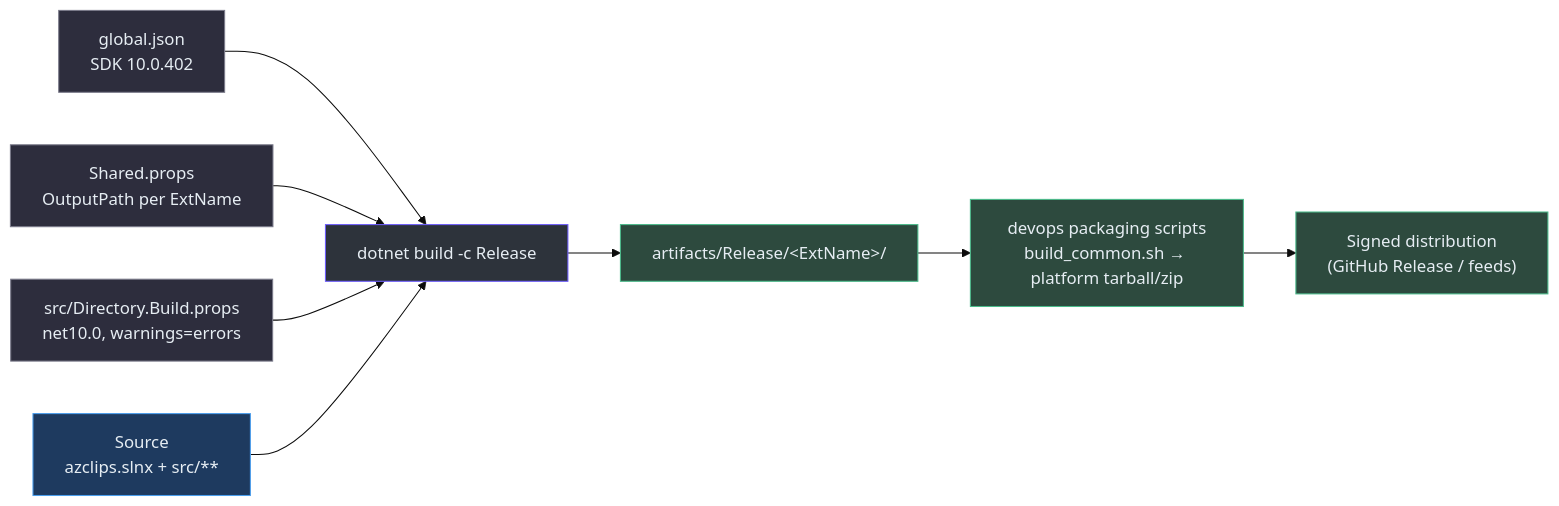
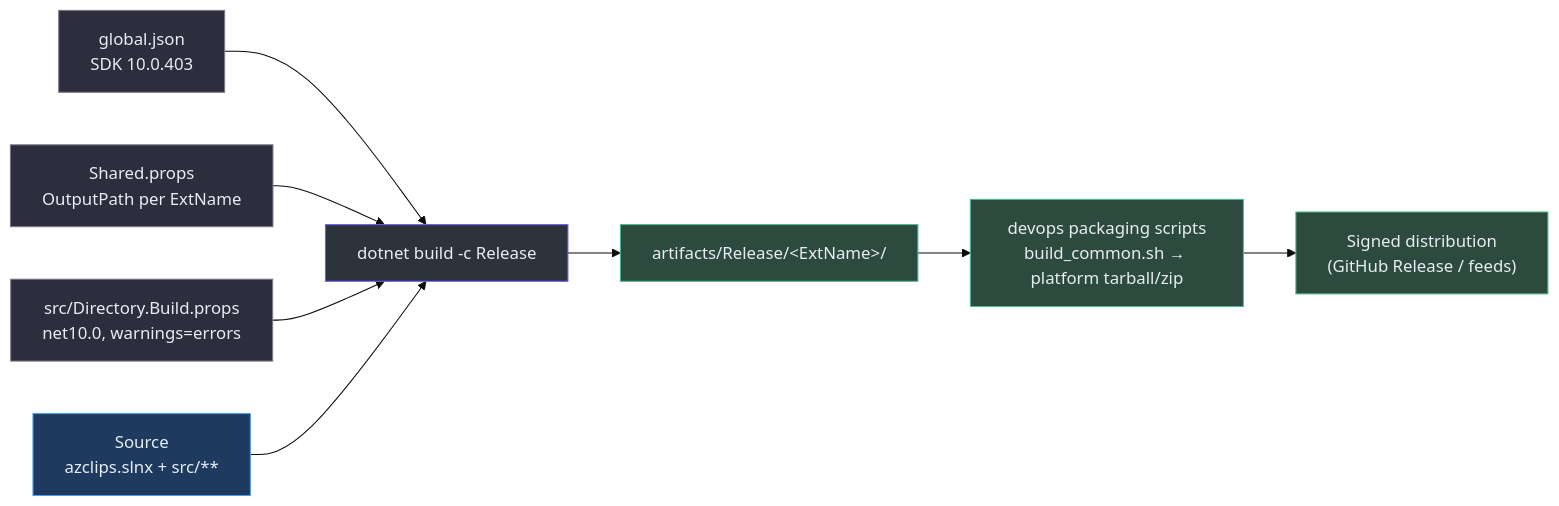
One commit to Azure/azclips changed the first of 2 diagrams in wiki/02-deep-dive/build-cicd.md. Above: the diagram before and after it, drawn with Mermaid (base theme). The commit also changed other lines of this file and 4 other files, not shown here.

````diff
--- a/wiki/02-deep-dive/build-cicd.md
+++ b/wiki/02-deep-dive/build-cicd.md
@@ -53,23 +53,23 @@
 ```mermaid
 flowchart LR
     SRC["Source<br>azclips.slnx + src/**"]
-    GJ["global.json<br>SDK 10.0.402"]
+    GJ["global.json<br>SDK 10.0.403"]
     SP["Shared.props<br>OutputPath per ExtName"]
     DBP["src/Directory.Build.props<br>net10.0, warnings=errors"]
     BUILD["dotnet build -c Release"]
     ART["artifacts/Release/&lt;ExtName&gt;/"]
     PKG["devops packaging scripts<br>build_common.sh → platform tarball/zip"]
     DIST["Signed distribution<br>(GitHub Release / feeds)"]
     GJ --> BUILD
     SP --> BUILD
     DBP --> BUILD
     SRC --> BUILD --> ART --> PKG --> DIST
     style SRC fill:#1e3a5f,stroke:#4a9eed,color:#e6edf3
     style GJ fill:#2d2d3d,stroke:#7a7a8a,color:#e6edf3
     style SP fill:#2d2d3d,stroke:#7a7a8a,color:#e6edf3
     style DBP fill:#2d2d3d,stroke:#7a7a8a,color:#e6edf3
     style BUILD fill:#2d333b,stroke:#6d5dfc,color:#e6edf3
     style ART fill:#2d4a3e,stroke:#4aba8a,color:#e6edf3
     style PKG fill:#2d4a3e,stroke:#4aba8a,color:#e6edf3
     style DIST fill:#2d4a3e,stroke:#4aba8a,color:#e6edf3
 ```
````
